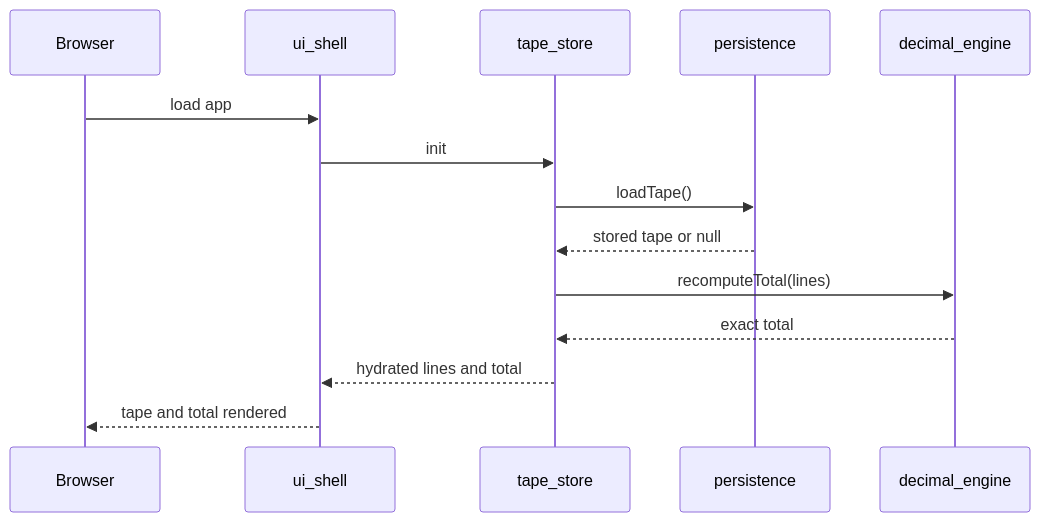
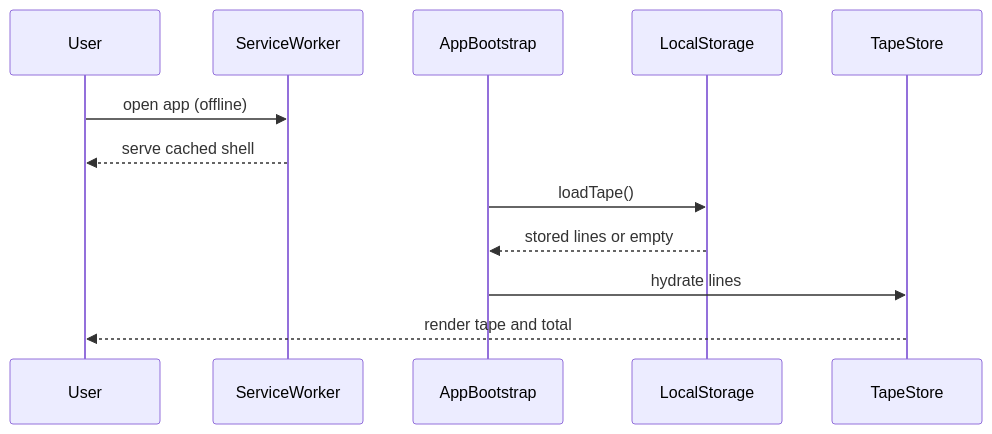
Before and after one commit to satya1802/simple-addition: the fourth of 5 diagrams in docs/sdlc/architecture/README.md, drawn with Mermaid. The commit also changed other lines of this file and 11 other files, not shown here.

````diff
--- a/docs/sdlc/architecture/README.md
+++ b/docs/sdlc/architecture/README.md
@@ -186,16 +224,14 @@
 ```mermaid
 sequenceDiagram
-  participant B as Browser
-  participant UI as ui_shell
-  participant S as tape_store
-  participant P as persistence
-  participant D as decimal_engine
-  B->>UI: load app
-  UI->>S: init
-  S->>P: loadTape()
-  P-->>S: stored tape or null
-  S->>D: recomputeTotal(lines)
-  D-->>S: exact total
-  S-->>UI: hydrated lines and total
-  UI-->>B: tape and total rendered
+  participant U as User
+  participant SW as ServiceWorker
+  participant A as AppBootstrap
+  participant P as LocalStorage
+  participant S as TapeStore
+  U->>SW: open app (offline)
+  SW-->>U: serve cached shell
+  A->>P: loadTape()
+  P-->>A: stored lines or empty
+  A->>S: hydrate lines
+  S-->>U: render tape and total
 ```
````
